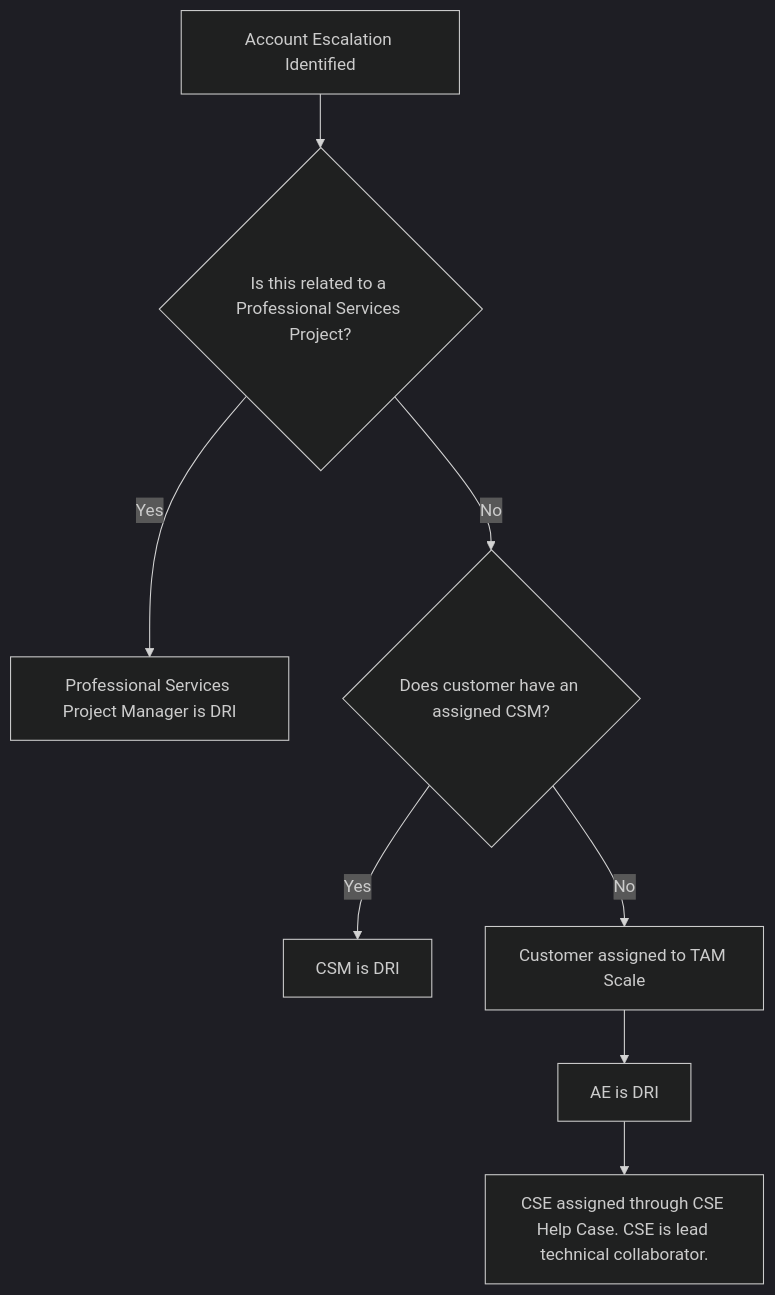
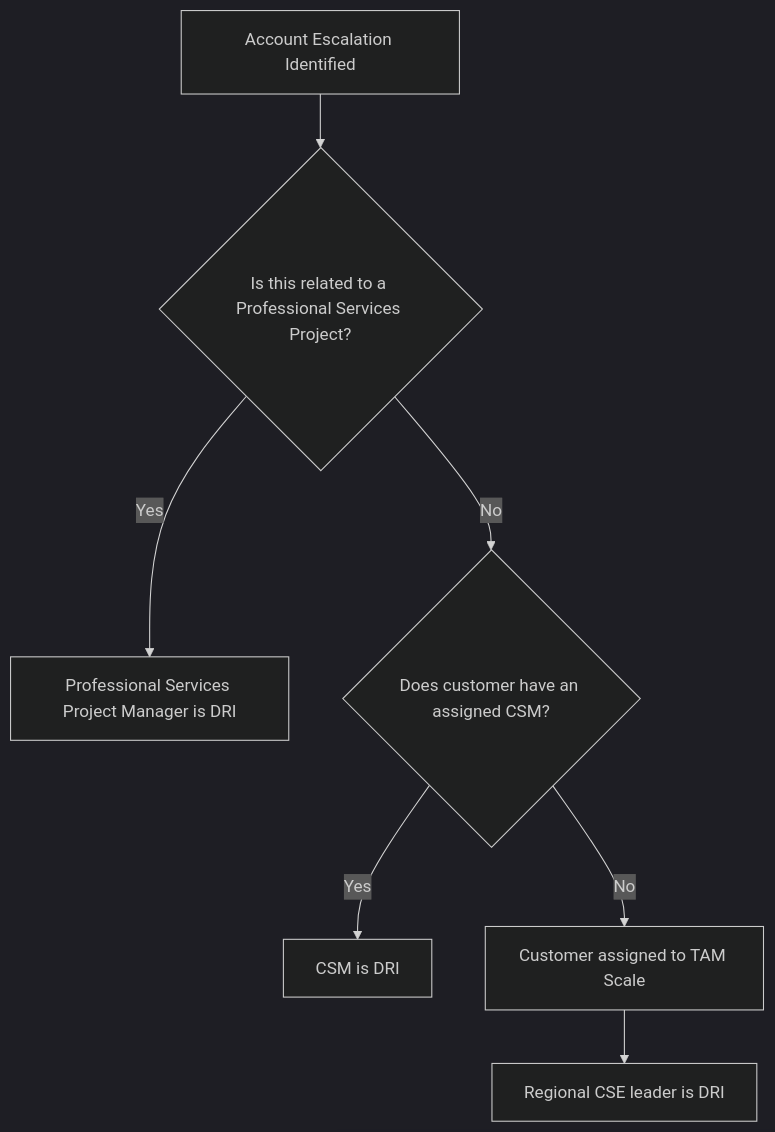
One commit to zalyoung/gitlab-handbook changed the diagram in content/handbook/customer-success/csm/escalations/_index.md. Above: the diagram before and after it, drawn with Mermaid (dark theme). The commit also changed other lines of this file, not shown here.

````diff
--- a/content/handbook/customer-success/csm/escalations/_index.md
+++ b/content/handbook/customer-success/csm/escalations/_index.md
@@ -46,10 +46,9 @@
 ```mermaid
 flowchart TD;
     A[Account Escalation Identified] --> B{Is this related to a Professional Services Project?};
     B -->|Yes| C[Professional Services Project Manager is DRI];
     B -->|No| D{Does customer have an assigned CSM?};
     D -->|Yes| E[CSM is DRI];
     D -->|No| F[Customer assigned to TAM Scale];
-    F --> G[AE is DRI];
-    G --> H[CSE assigned through CSE Help Case. CSE is lead technical collaborator.];
+    F --> G[Regional CSE leader is DRI];
 ```
````
